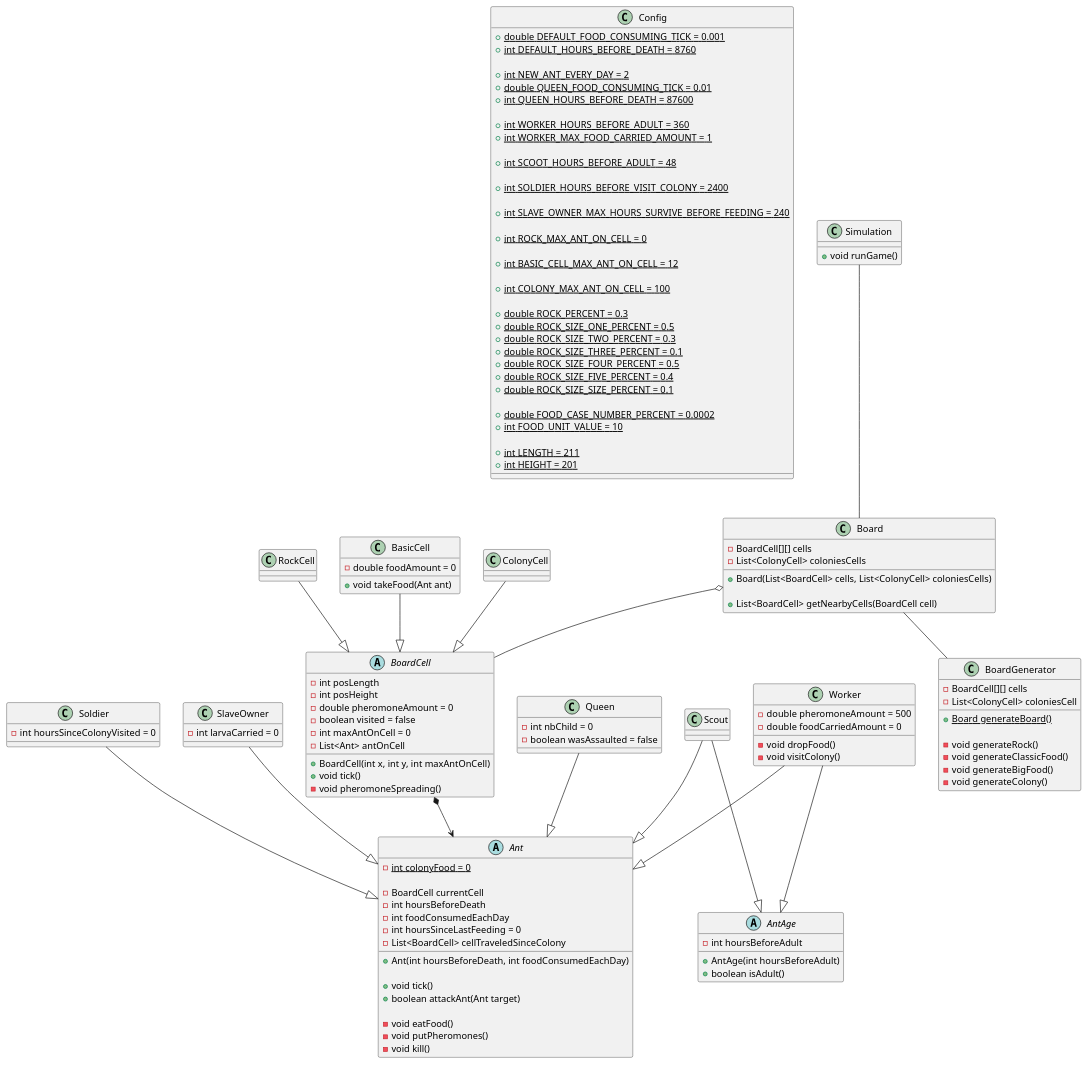
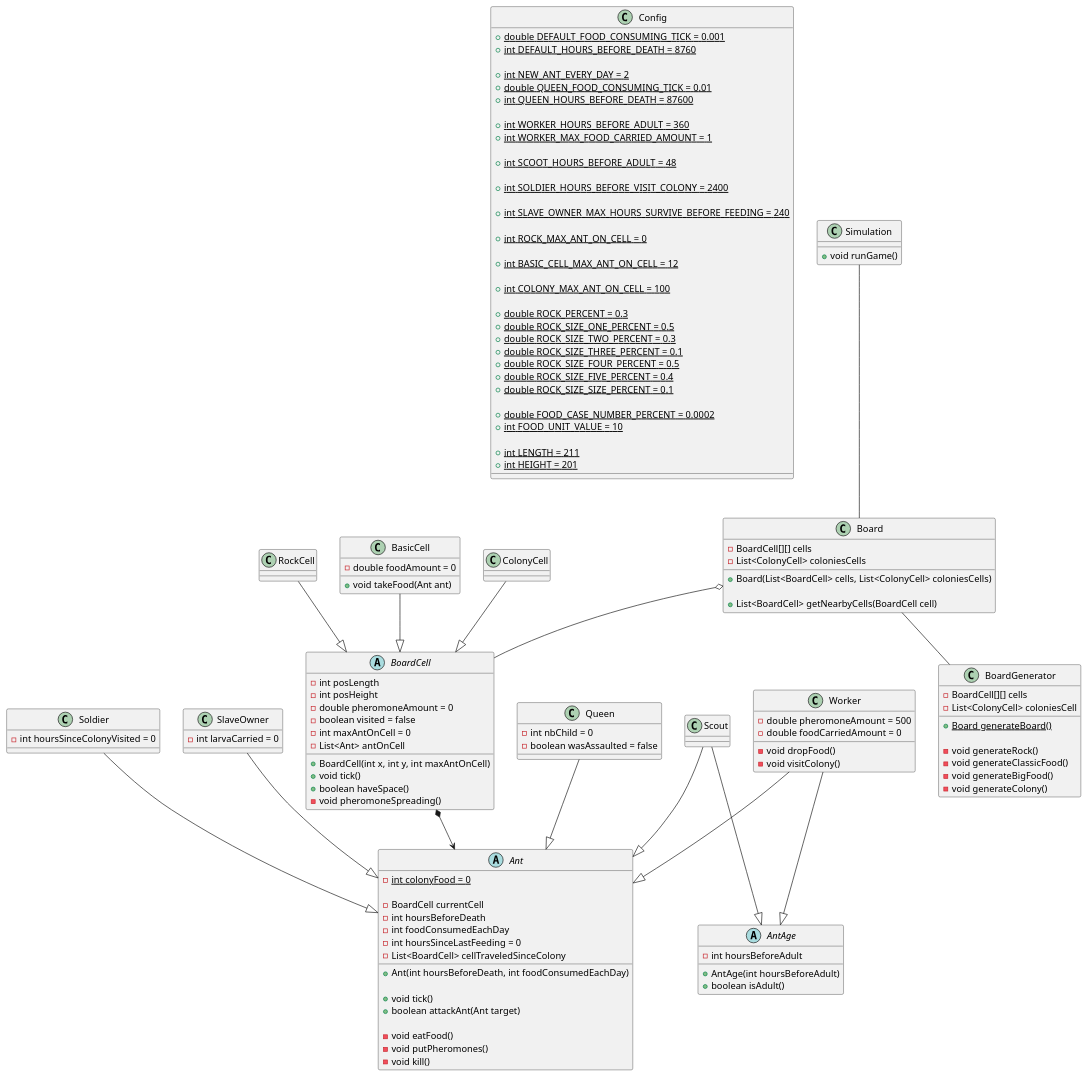
One commit to AntoninHuaut/aledlesfourmis changed the diagram in Doc/class_diagram.puml. Above: the diagram before and after it, drawn with PlantUML. The commit also changed 7 other files, not shown here.

```diff
--- a/Doc/class_diagram.puml
+++ b/Doc/class_diagram.puml
@@ -1,164 +1,165 @@
 @startuml Ant
 
 class Config {
     + {static} double DEFAULT_FOOD_CONSUMING_TICK = 0.001
     + {static} int DEFAULT_HOURS_BEFORE_DEATH = 8760
 
     + {static} int NEW_ANT_EVERY_DAY = 2    
     + {static} double QUEEN_FOOD_CONSUMING_TICK = 0.01
     + {static} int QUEEN_HOURS_BEFORE_DEATH = 87600
 
     + {static} int WORKER_HOURS_BEFORE_ADULT = 360
     + {static} int WORKER_MAX_FOOD_CARRIED_AMOUNT = 1
 
     + {static} int SCOOT_HOURS_BEFORE_ADULT = 48
 
     + {static} int SOLDIER_HOURS_BEFORE_VISIT_COLONY = 2400
 
     + {static} int SLAVE_OWNER_MAX_HOURS_SURVIVE_BEFORE_FEEDING = 240
 
     + {static} int ROCK_MAX_ANT_ON_CELL = 0
 
     + {static} int BASIC_CELL_MAX_ANT_ON_CELL = 12
 
     + {static} int COLONY_MAX_ANT_ON_CELL = 100
 
     + {static} double ROCK_PERCENT = 0.3
     + {static} double ROCK_SIZE_ONE_PERCENT = 0.5
     + {static} double ROCK_SIZE_TWO_PERCENT = 0.3
     + {static} double ROCK_SIZE_THREE_PERCENT = 0.1
     + {static} double ROCK_SIZE_FOUR_PERCENT = 0.5
     + {static} double ROCK_SIZE_FIVE_PERCENT = 0.4
     + {static} double ROCK_SIZE_SIZE_PERCENT = 0.1
 
     + {static} double FOOD_CASE_NUMBER_PERCENT = 0.0002
     + {static} int FOOD_UNIT_VALUE = 10
 
     + {static} int LENGTH = 211
     + {static} int HEIGHT = 201
 }
 
 abstract class Ant {
     - {static} int colonyFood = 0
     
     - BoardCell currentCell
     - int hoursBeforeDeath
     - int foodConsumedEachDay
     - int hoursSinceLastFeeding = 0
     - List<BoardCell> cellTraveledSinceColony
     
     + Ant(int hoursBeforeDeath, int foodConsumedEachDay)
 
     + void tick()
     + boolean attackAnt(Ant target)
 
     - void eatFood()
     - void putPheromones()
     - void kill()
 }
 
 class Queen {
     - int nbChild = 0
     - boolean wasAssaulted = false
 }
 
 abstract class AntAge {
     + AntAge(int hoursBeforeAdult)
 
     - int hoursBeforeAdult
 
     + boolean isAdult()
 }
 
 class Worker {
     - double pheromoneAmount = 500
     - double foodCarriedAmount = 0
 
     - void dropFood()
     - void visitColony()
 }
 
 class Scout {
     
 }
 
 class Soldier {
     - int hoursSinceColonyVisited = 0
 }
 
 class SlaveOwner {
     - int larvaCarried = 0
 }
 
 abstract class BoardCell {
     - int posLength
     - int posHeight
     - double pheromoneAmount = 0
     - boolean visited = false
     - int maxAntOnCell = 0
     - List<Ant> antOnCell   
 
     + BoardCell(int x, int y, int maxAntOnCell)
     + void tick()
+    + boolean haveSpace()
     - void pheromoneSpreading()
 }
 
 class RockCell {
     
 }
 
 class BasicCell {
     - double foodAmount = 0
 
     + void takeFood(Ant ant)
 }
 
 class ColonyCell {
     
 }
 
 class Board {
     - BoardCell[][] cells
     - List<ColonyCell> coloniesCells
 
     + Board(List<BoardCell> cells, List<ColonyCell> coloniesCells)
     
     + List<BoardCell> getNearbyCells(BoardCell cell)
 }
 
 class BoardGenerator {
     - BoardCell[][] cells
     - List<ColonyCell> coloniesCell
 
     + {static} Board generateBoard()
 
     - void generateRock()
     - void generateClassicFood()
     - void generateBigFood()
     - void generateColony()
 }
 
 class Simulation {
     + void runGame()
 }
 
 RockCell --|> BoardCell
 BasicCell --|> BoardCell
 ColonyCell --|> BoardCell
 
 Simulation -- Board
 Board -- BoardGenerator
 Board o-- BoardCell
 
 BoardCell *--> Ant
 
 Worker --|> AntAge
 Scout --|> AntAge
 
 Worker --|> Ant
 Scout --|> Ant
 Soldier --|> Ant
 SlaveOwner --|> Ant
 Queen --|> Ant
 
 @enduml
```
